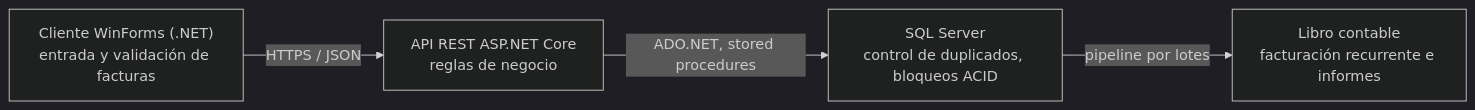
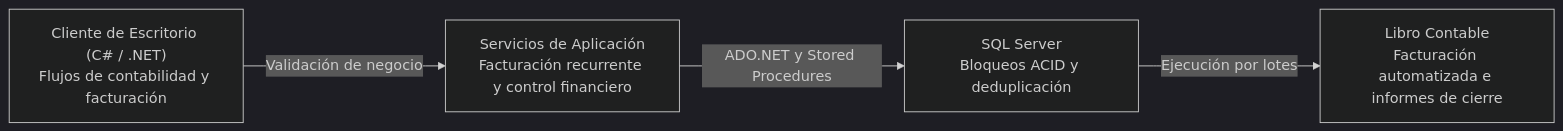
One commit to Rorro101004/Rorro101004 changed the first of 3 diagrams in README.es.md. Above: the diagram before and after it, drawn with Mermaid (dark theme). The commit also changed other lines of this file and 1 other file, not shown here.

````diff
--- a/README.es.md
+++ b/README.es.md
@@ -61,6 +61,6 @@
 ```mermaid
 flowchart LR
-    A["Cliente WinForms (.NET)<br/>entrada y validación de facturas"] -->|HTTPS / JSON| B["API REST ASP.NET Core<br/>reglas de negocio"]
-    B -->|ADO.NET, stored procedures| C["SQL Server<br/>control de duplicados, bloqueos ACID"]
-    C -->|pipeline por lotes| D["Libro contable<br/>facturación recurrente e informes"]
+    A["Cliente de Escritorio (C# / .NET)<br/>Flujos de contabilidad y facturación"] -->|Validación de negocio| B["Servicios de Aplicación<br/>Facturación recurrente y control financiero"]
+    B -->|ADO.NET y Stored Procedures| C["SQL Server<br/>Bloqueos ACID y deduplicación"]
+    C -->|Ejecución por lotes| D["Libro Contable<br/>Facturación automatizada e informes de cierre"]
 ```
````
